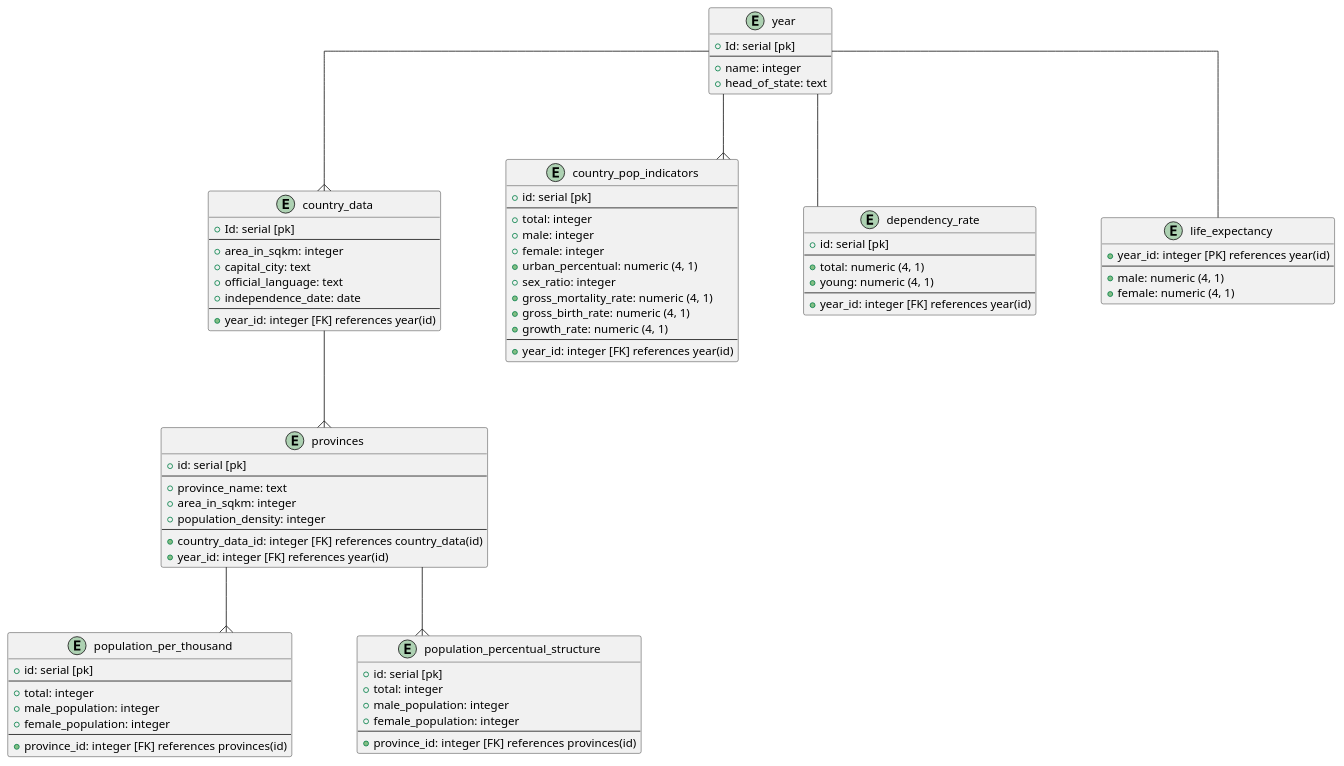
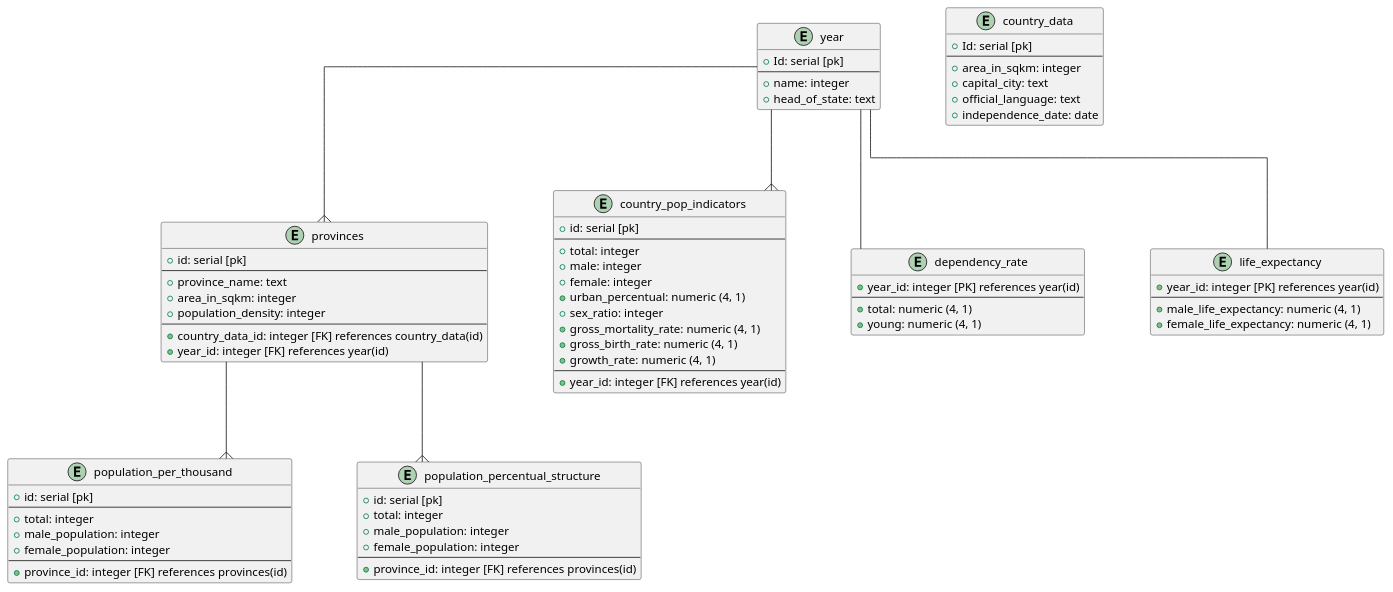
One commit to therakius/moz-demog-api changed the diagram in dbschema.puml. Above: the diagram before and after it, drawn with PlantUML.

Commit message:
update: removed connections with table country_data

```diff
--- a/dbschema.puml
+++ b/dbschema.puml
@@ -1,106 +1,98 @@
 @startuml moz_database
 skinparam {
     Nodesep 80
     Ranksep 80
     Linetype ortho
 }
 
 skinparam entity {
     BackgroundColor LightBlue
     FontSize 14
     ArrowThickness 1
 }
 
 entity year {
     + Id: serial [pk]
     --
     + name: integer
     + head_of_state: text
 }
 
 entity country_data {
     + Id: serial [pk]
     --
     + area_in_sqkm: integer
     + capital_city: text
     + official_language: text
     + independence_date: date
-    --
-    + year_id: integer [FK] references year(id)
 }
 
 entity provinces {
    + id: serial [pk]
    --
    + province_name: text
    + area_in_sqkm: integer
    + population_density: integer
    --
    + country_data_id: integer [FK] references country_data(id)
    + year_id: integer [FK] references year(id)
 }
 
 entity population_per_thousand{
     + id: serial [pk]
     --
     + total: integer
     + male_population: integer
     + female_population: integer
     --
     + province_id: integer [FK] references provinces(id)
 }
 
 entity population_percentual_structure {
     + id: serial [pk]
     + total: integer
     + male_population: integer
-    +female_population: integer
+    + female_population: integer
     --
     + province_id: integer [FK] references provinces(id)
 }
 
 
 entity country_pop_indicators {
     + id: serial [pk]
     --
     + total: integer
     + male: integer
     + female: integer
     + urban_percentual: numeric (4, 1)
     + sex_ratio: integer
     + gross_mortality_rate: numeric (4, 1)
     + gross_birth_rate: numeric (4, 1)
     + growth_rate: numeric (4, 1)
     --
     + year_id: integer [FK] references year(id)
 }
 
 entity dependency_rate {
-    + id: serial [pk]
+    + year_id: integer [PK] references year(id)
     --
     + total: numeric (4, 1)
     + young: numeric (4, 1)
-    --
-    + year_id: integer [FK] references year(id)
 }
 
 entity life_expectancy {
     + year_id: integer [PK] references year(id)
     --
-    + male: numeric (4, 1)
-    + female: numeric (4, 1)
+    + male_life_expectancy: numeric (4, 1)
+    + female_life_expectancy: numeric (4, 1)
 }
 
 'relashionships:
-
-year  --{ country_data
-country_data --{ provinces
+year --{ provinces
 provinces --{ population_per_thousand
 provinces --{ population_percentual_structure
 year -- life_expectancy
 year --{ country_pop_indicators
 year -- dependency_rate
 
-
-
 @enduml
```
